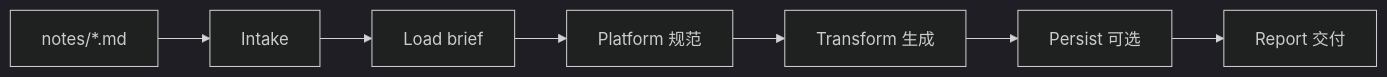
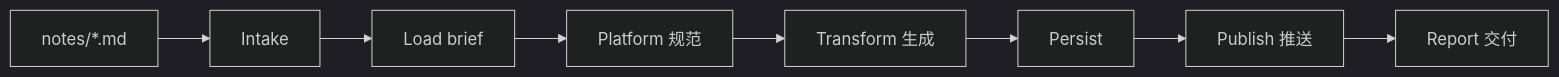
One commit to xzcjx/ai-study-center changed the diagram in docs/PUBLISH.md. Above: the diagram before and after it, drawn with Mermaid (dark theme). The commit also changed other lines of this file and 8 other files, not shown here.

````diff
--- a/docs/PUBLISH.md
+++ b/docs/PUBLISH.md
@@ -9,9 +9,10 @@
 ```mermaid
 flowchart LR
   N[notes/*.md] --> P01
   P01[Intake] --> P02[Load brief]
   P02 --> P03[Platform 规范]
   P03 --> P04[Transform 生成]
-  P04 --> P05[Persist 可选]
-  P05 --> P06[Report 交付]
+  P04 --> P05[Persist]
+  P05 --> P07[Publish 推送]
+  P07 --> P06[Report 交付]
 ```
````
